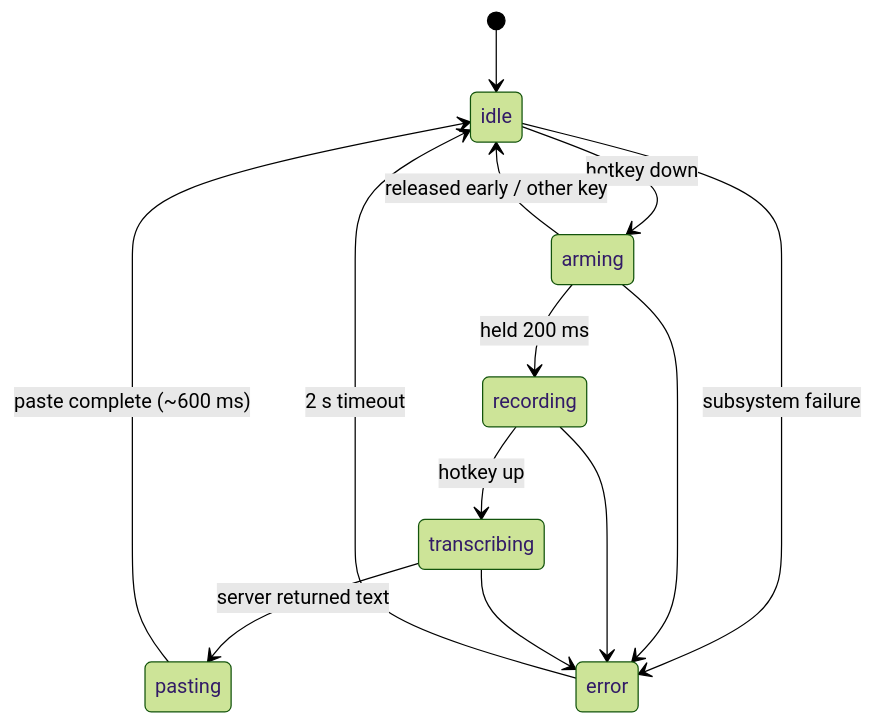
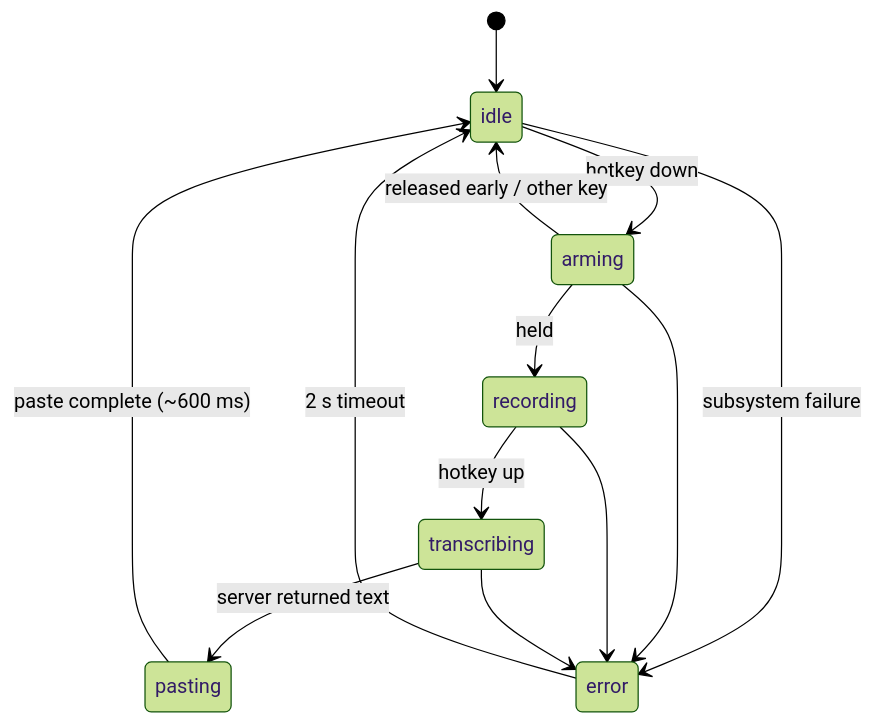
Before and after one commit to ssstonebraker/voicerider: the second of 3 diagrams in README.md, drawn with Mermaid (forest theme). The commit also changed other lines of this file and 37 other files, not shown here.

````diff
--- a/README.md
+++ b/README.md
@@ -102,16 +98,16 @@
 ```mermaid
 stateDiagram-v2
     [*] --> idle
     idle --> arming: hotkey down
-    arming --> recording: held 200 ms
+    arming --> recording: held
     arming --> idle: released early / other key
     recording --> transcribing: hotkey up
     transcribing --> pasting: server returned text
     pasting --> idle: paste complete (~600 ms)
 
     idle --> error: subsystem failure
     arming --> error
     recording --> error
     transcribing --> error
     error --> idle: 2 s timeout
 ```
````
